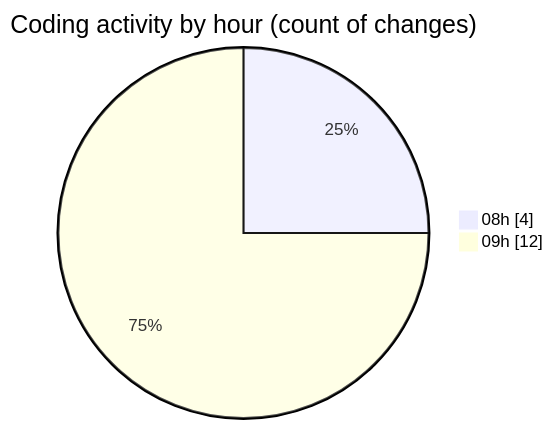
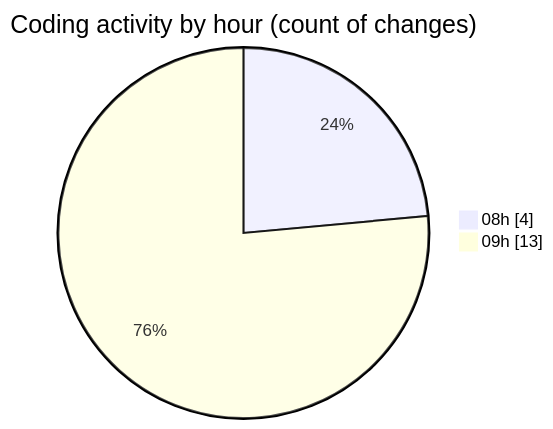
The second of 2 diagrams in 2026-02-19/bot_v1_2/README.md (becaeroporto-bot/code-tracking), drawn with Mermaid before and after one commit. The commit also changed other lines of this file and 1 other file, not shown here.

````diff
--- a/2026-02-19/bot_v1_2/README.md
+++ b/2026-02-19/bot_v1_2/README.md
@@ -31,6 +33,6 @@
 ```mermaid
 pie showData
 title Coding activity by hour (count of changes)
 "08h" : 4
-"09h" : 12
+"09h" : 13
 ```
````
